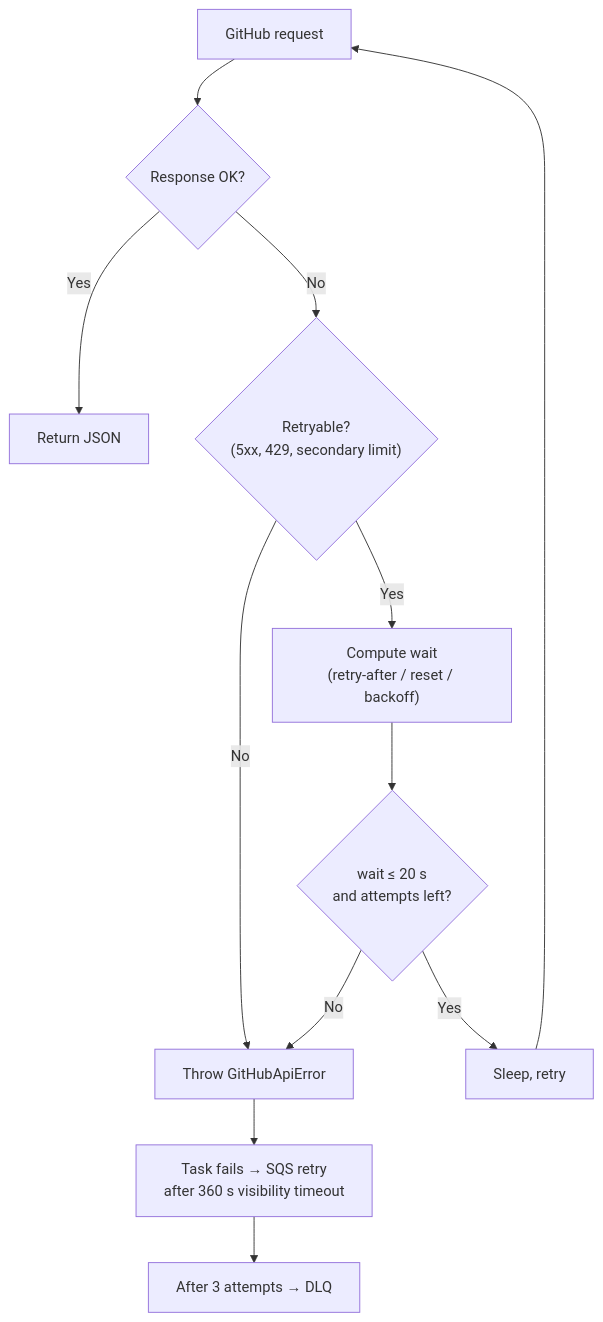
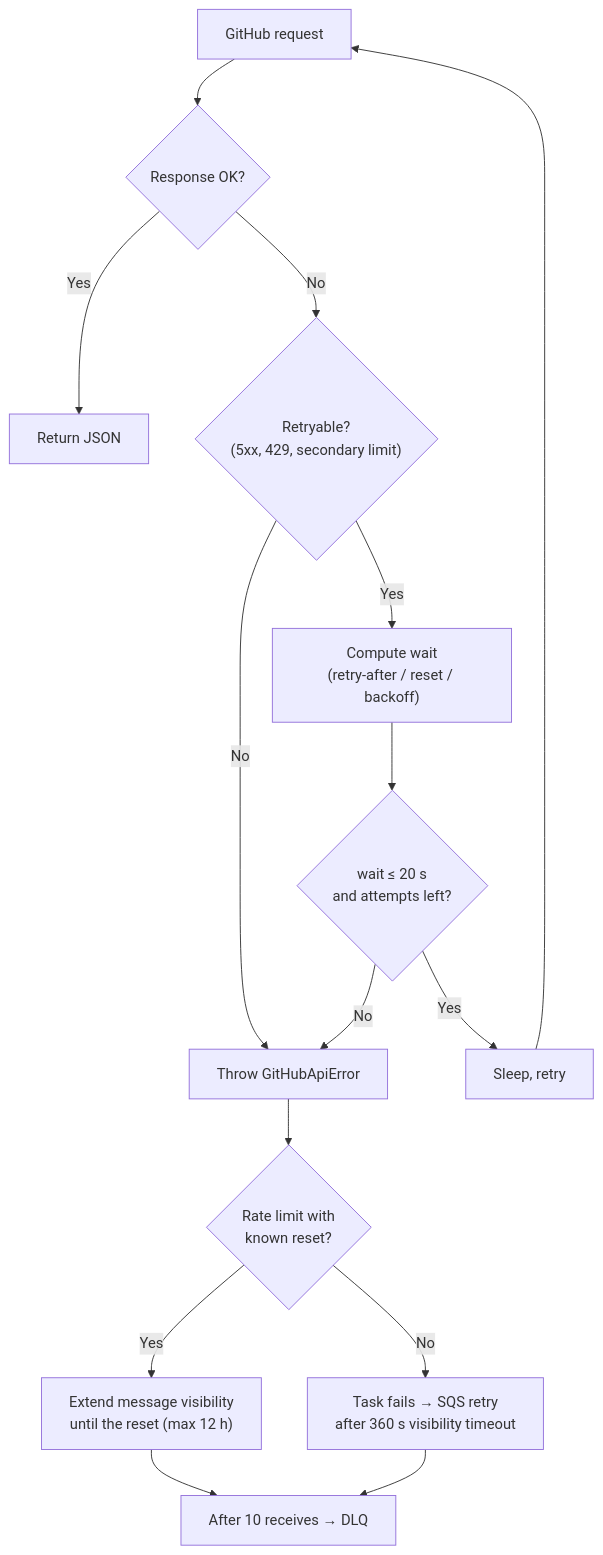
One commit to Mi3-14159/GitGazer changed the fourth of 4 diagrams in apps/docs/docs/technical/backfill-pipeline.md. Above: the diagram before and after it, drawn with Mermaid. The commit also changed other lines of this file and 27 other files, not shown here.

````diff
--- a/apps/docs/docs/technical/backfill-pipeline.md
+++ b/apps/docs/docs/technical/backfill-pipeline.md
@@ -161,14 +161,17 @@
 ```mermaid
 flowchart TD
     A["GitHub request"] --> B{"Response OK?"}
     B -- "Yes" --> C["Return JSON"]
     B -- "No" --> D{"Retryable?<br/>(5xx, 429, secondary limit)"}
     D -- "No" --> E["Throw GitHubApiError"]
     D -- "Yes" --> F["Compute wait<br/>(retry-after / reset / backoff)"]
     F --> G{"wait ≤ 20 s<br/>and attempts left?"}
     G -- "Yes" --> H["Sleep, retry"]
     H --> A
     G -- "No" --> E
-    E --> I["Task fails → SQS retry<br/>after 360 s visibility timeout"]
-    I --> J["After 3 attempts → DLQ"]
+    E --> R{"Rate limit with<br/>known reset?"}
+    R -- "Yes" --> D2["Extend message visibility<br/>until the reset (max 12 h)"]
+    R -- "No" --> I["Task fails → SQS retry<br/>after 360 s visibility timeout"]
+    D2 --> J["After 10 receives → DLQ"]
+    I --> J
 ```
````
